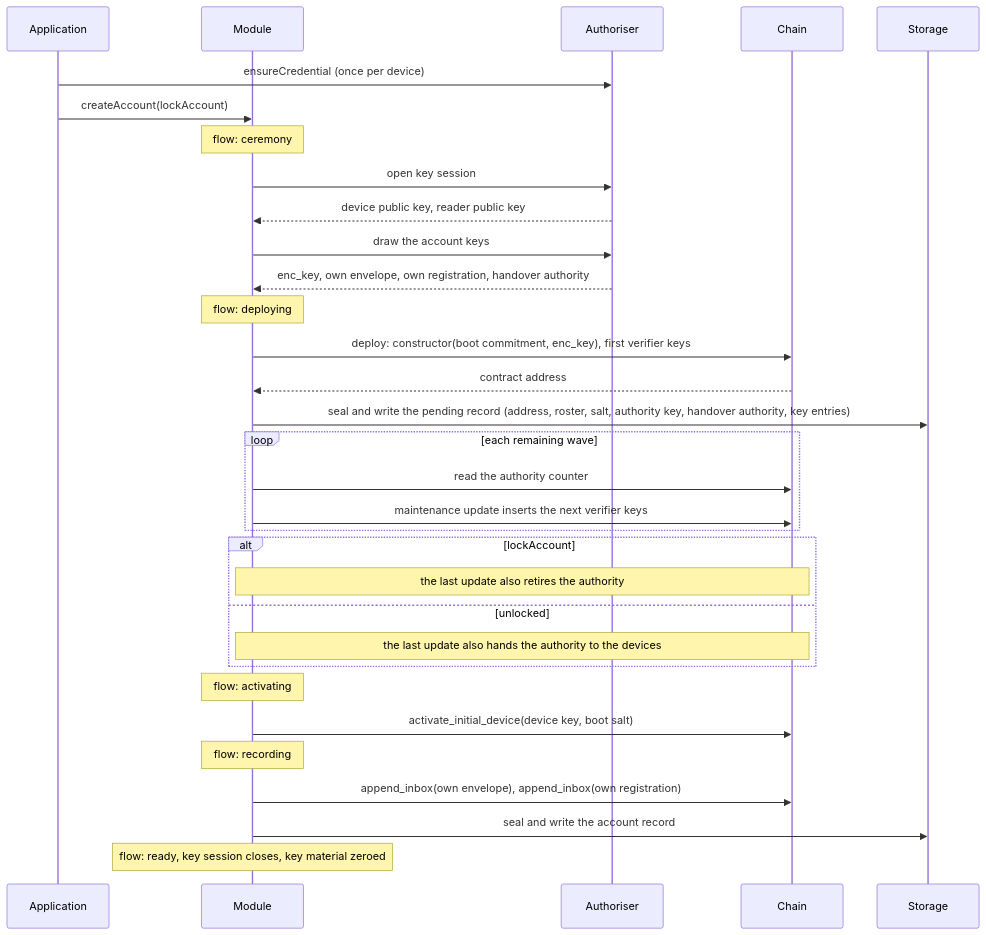
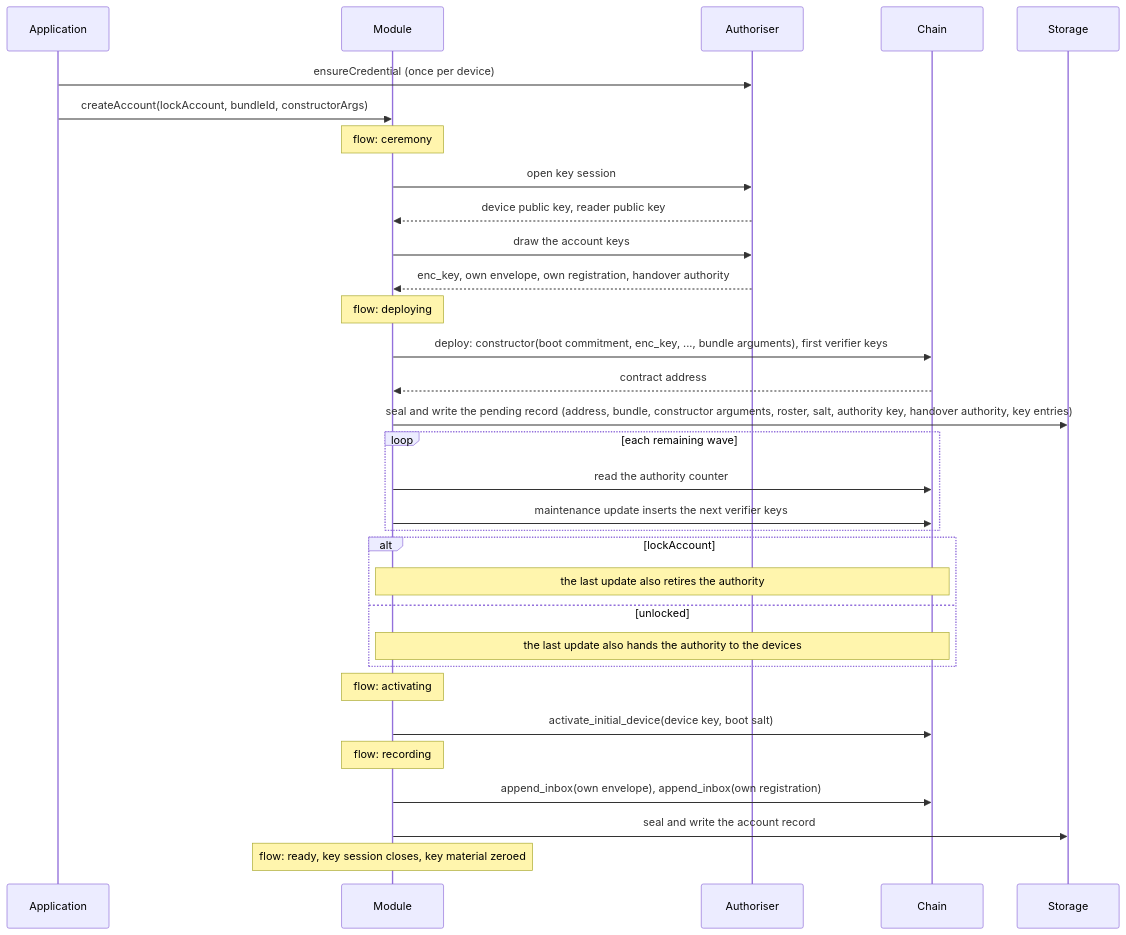
One commit to input-output-hk/lace-sdk changed the fifth of 7 diagrams in packages/module/passport-account/README.md. Above: the diagram before and after it, drawn with Mermaid. The commit also changed other lines of this file and 943 other files, not shown here.

````diff
--- a/packages/module/passport-account/README.md
+++ b/packages/module/passport-account/README.md
@@ -607,35 +826,35 @@
 ```mermaid
 sequenceDiagram
     participant A as Application
     participant M as Module
     participant K as Authoriser
     participant C as Chain
     participant St as Storage
 
     A->>K: ensureCredential (once per device)
-    A->>M: createAccount(lockAccount)
+    A->>M: createAccount(lockAccount, bundleId, constructorArgs)
     Note over M: flow: ceremony
     M->>K: open key session
     K-->>M: device public key, reader public key
     M->>K: draw the account keys
     K-->>M: enc_key, own envelope, own registration, handover authority
     Note over M: flow: deploying
-    M->>C: deploy: constructor(boot commitment, enc_key), first verifier keys
+    M->>C: deploy: constructor(boot commitment, enc_key, ..., bundle arguments), first verifier keys
     C-->>M: contract address
-    M->>St: seal and write the pending record (address, roster, salt, authority key, handover authority, key entries)
+    M->>St: seal and write the pending record (address, bundle, constructor arguments, roster, salt, authority key, handover authority, key entries)
     loop each remaining wave
         M->>C: read the authority counter
         M->>C: maintenance update inserts the next verifier keys
     end
     alt lockAccount
         Note over M,C: the last update also retires the authority
     else unlocked
         Note over M,C: the last update also hands the authority to the devices
     end
     Note over M: flow: activating
     M->>C: activate_initial_device(device key, boot salt)
     Note over M: flow: recording
     M->>C: append_inbox(own envelope), append_inbox(own registration)
     M->>St: seal and write the account record
     Note over M: flow: ready, key session closes, key material zeroed
 ```
````
